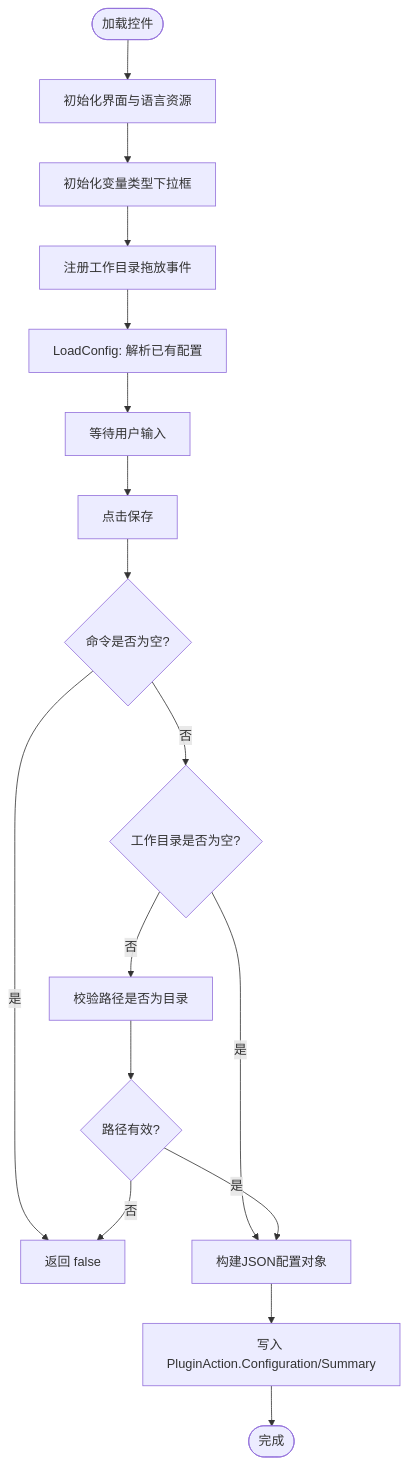
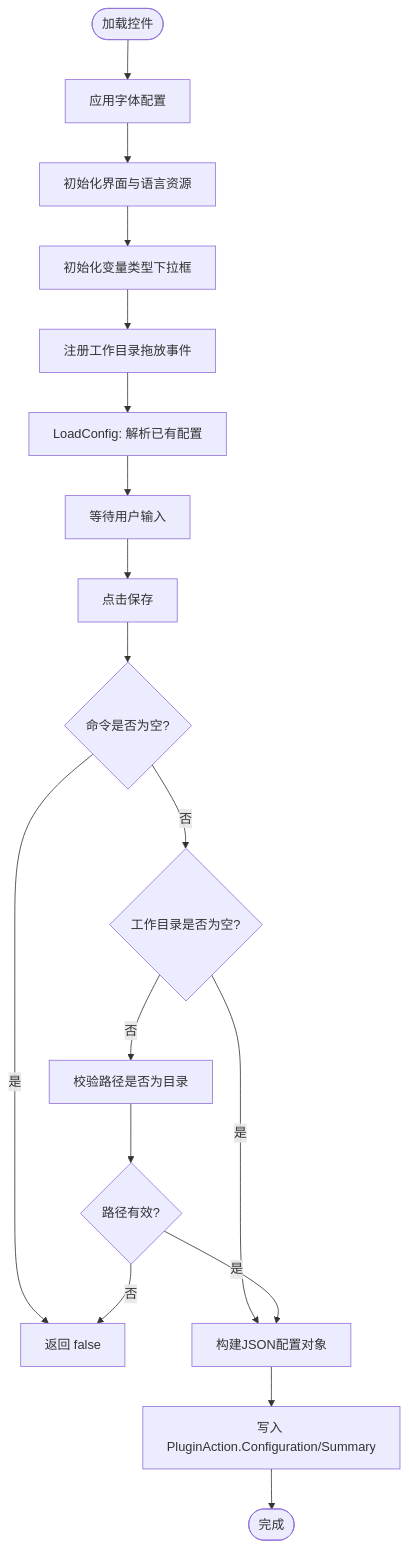
The tenth of 18 diagrams in .qoder/repowiki/zh/content/开发者指南/GUI组件开发/GUI组件开发.md (tea4go/Macro-Deck-Windows-Utils-Plugin), drawn with Mermaid before and after one commit. The commit also changed other lines of this file and 13 other files, not shown here.

````diff
--- a/.qoder/repowiki/zh/content/开发者指南/GUI组件开发/GUI组件开发.md
+++ b/.qoder/repowiki/zh/content/开发者指南/GUI组件开发/GUI组件开发.md
@@ -248,19 +344,20 @@
 ```mermaid
 flowchart TD
-Start(["加载控件"]) --> Init["初始化界面与语言资源"]
+Start(["加载控件"]) --> Font["应用字体配置"]
+Font --> Init["初始化界面与语言资源"]
 Init --> VarType["初始化变量类型下拉框"]
 VarType --> Drag["注册工作目录拖放事件"]
 Drag --> LoadCfg["LoadConfig: 解析已有配置"]
 LoadCfg --> Wait["等待用户输入"]
 Wait --> Save["点击保存"]
 Save --> ValidateCmd{"命令是否为空?"}
 ValidateCmd --> |是| Fail["返回 false"]
 ValidateCmd --> |否| ValidateDir{"工作目录是否为空?"}
 ValidateDir --> |是| Build["构建JSON配置对象"]
 ValidateDir --> |否| CheckDir["校验路径是否为目录"]
 CheckDir --> DirValid{"路径有效?"}
 DirValid --> |否| Fail
 DirValid --> |是| Build
 Build --> Persist["写入 PluginAction.Configuration/Summary"]
 Persist --> Done(["完成"])
 ```
````
